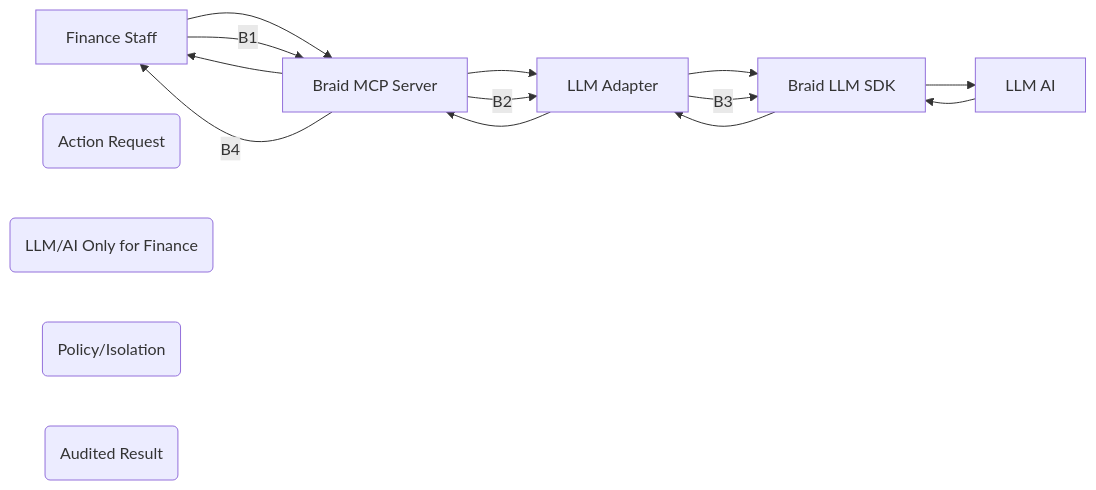
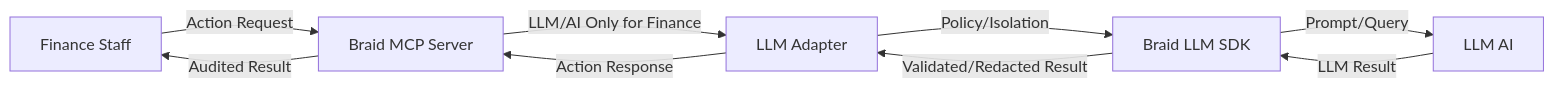
One commit to andreibyf/braid-mcp-server changed the third of 3 diagrams in README-BRAID-LLM-INTEGRATION.md. Above: the diagram before and after it, drawn with Mermaid.

Commit message:
Update flowchart in README for clarity
Updated diagram

````diff
--- a/README-BRAID-LLM-INTEGRATION.md
+++ b/README-BRAID-LLM-INTEGRATION.md
@@ -207,19 +207,11 @@
 ```mermaid
 flowchart LR
-    A[Finance Staff] --> MCP2[Braid MCP Server]
-    MCP2 --> LLMAD2[LLM Adapter]
-    LLMAD2 --> SDK2[Braid LLM SDK]
-    SDK2 --> LLM2[LLM AI]
-    LLM2 --> SDK2
-    SDK2 --> LLMAD2
-    LLMAD2 --> MCP2
-    MCP2 --> A
-    B1(Action Request)
-    A -- B1 --> MCP2
-    B2(LLM/AI Only for Finance)
-    MCP2 -- B2 --> LLMAD2
-    B3(Policy/Isolation)
-    LLMAD2 -- B3 --> SDK2
-    B4(Audited Result)
-    MCP2 -- B4 --> A
+    FS[Finance Staff] -- "Action Request" --> MCP[Braid MCP Server]
+    MCP -- "LLM/AI Only for Finance" --> LLMAD[LLM Adapter]
+    LLMAD -- "Policy/Isolation" --> SDK[Braid LLM SDK]
+    SDK -- "Prompt/Query" --> LLM[LLM AI]
+    LLM -- "LLM Result" --> SDK
+    SDK -- "Validated/Redacted Result" --> LLMAD
+    LLMAD -- "Action Response" --> MCP
+    MCP -- "Audited Result" --> FS
 ```
````
